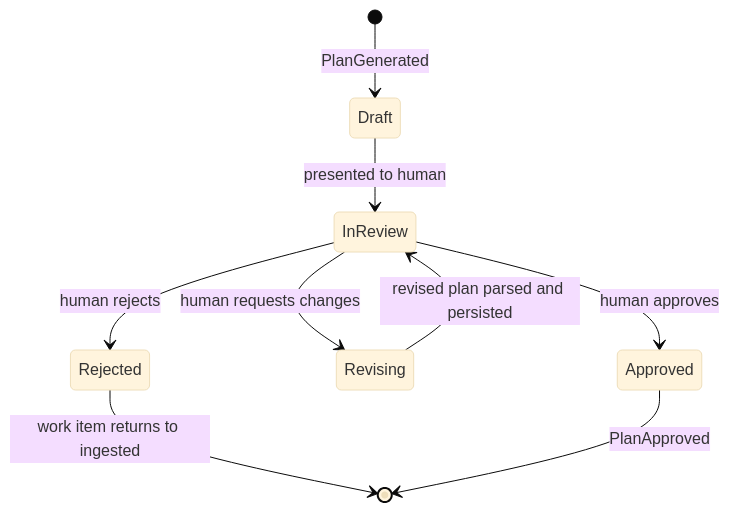
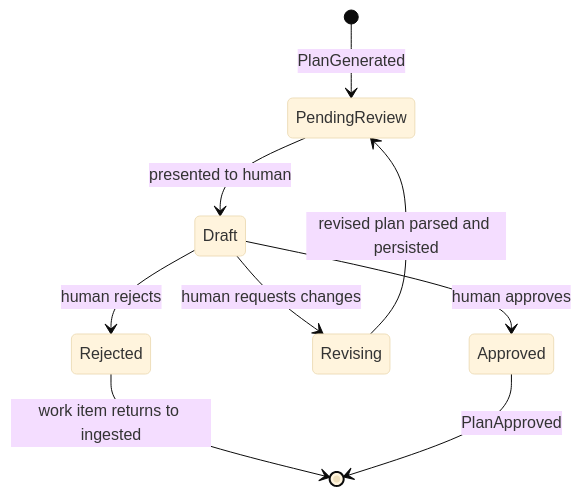
One commit to beeemT/substrate changed the first of 2 diagrams in docs/05-orchestration.md. Above: the diagram before and after it, drawn with Mermaid (base theme). The commit also changed other lines of this file and 8 other files, not shown here.

````diff
--- a/docs/05-orchestration.md
+++ b/docs/05-orchestration.md
@@ -85,11 +98,11 @@
 ```mermaid
 stateDiagram-v2
-    [*] --> Draft: PlanGenerated
-    Draft --> InReview: presented to human
-    InReview --> Approved: human approves
-    InReview --> Revising: human requests changes
-    InReview --> Rejected: human rejects
-    Revising --> InReview: revised plan parsed and persisted
+    [*] --> PendingReview: PlanGenerated
+    PendingReview --> Draft: presented to human
+    Draft --> Approved: human approves
+    Draft --> Revising: human requests changes
+    Draft --> Rejected: human rejects
+    Revising --> PendingReview: revised plan parsed and persisted
     Rejected --> [*]: work item returns to ingested
     Approved --> [*]: PlanApproved
 ```
````
